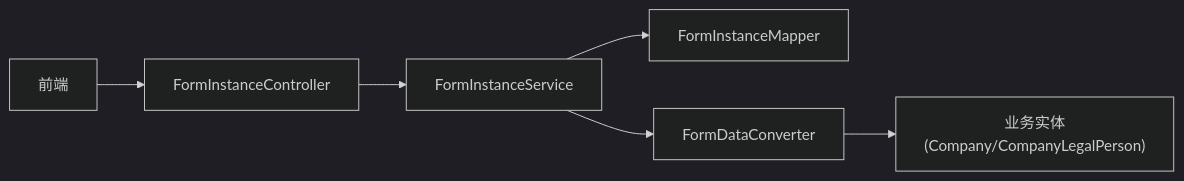
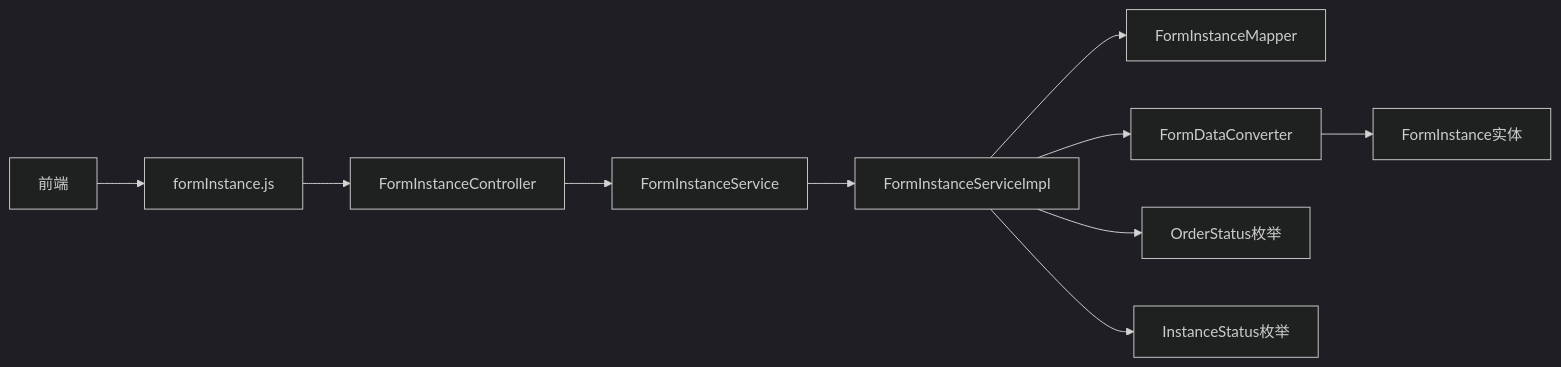
The fifth of 6 diagrams in .qoder/repowiki/zh/content/API接口文档/服务单实例API.md (NJMrLi/genetics), drawn with Mermaid (dark theme) before and after one commit. The commit also changed other lines of this file and 152 other files, not shown here.

````diff
--- a/.qoder/repowiki/zh/content/API接口文档/服务单实例API.md
+++ b/.qoder/repowiki/zh/content/API接口文档/服务单实例API.md
@@ -314,8 +484,12 @@
 ```mermaid
 graph LR
-FE["前端"] --> CTRL["FormInstanceController"]
+FE["前端"] --> API["formInstance.js"]
+API --> CTRL["FormInstanceController"]
 CTRL --> SVC["FormInstanceService"]
-SVC --> MAPPER["FormInstanceMapper"]
-SVC --> CONV["FormDataConverter"]
-CONV --> ENT["业务实体(Company/CompanyLegalPerson)"]
+SVC --> IMPL["FormInstanceServiceImpl"]
+IMPL --> MAPPER["FormInstanceMapper"]
+IMPL --> CONV["FormDataConverter"]
+CONV --> ENT["FormInstance实体"]
+IMPL --> ENUM["OrderStatus枚举"]
+IMPL --> STATUS["InstanceStatus枚举"]
 ```
````
